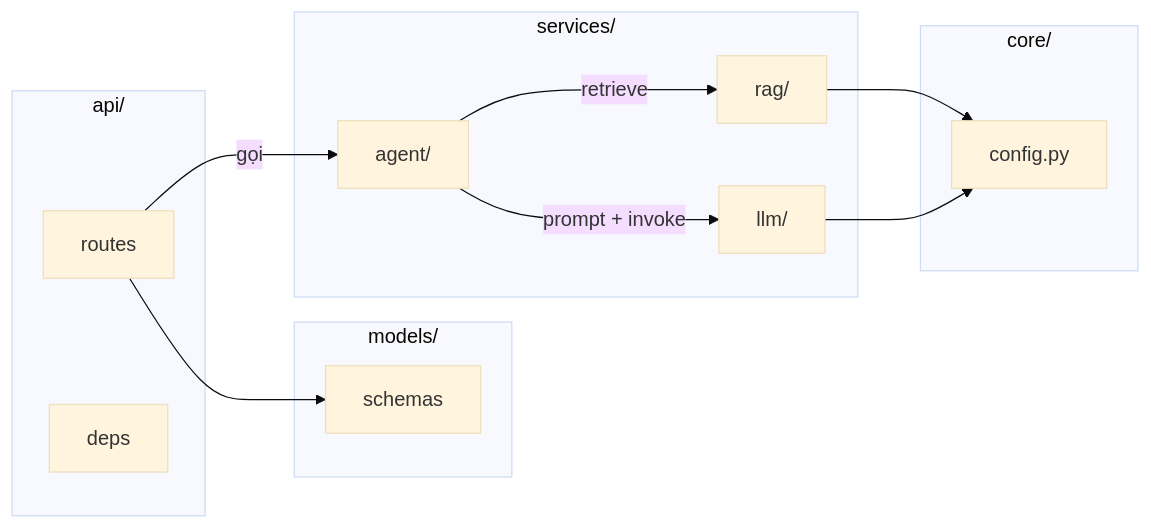
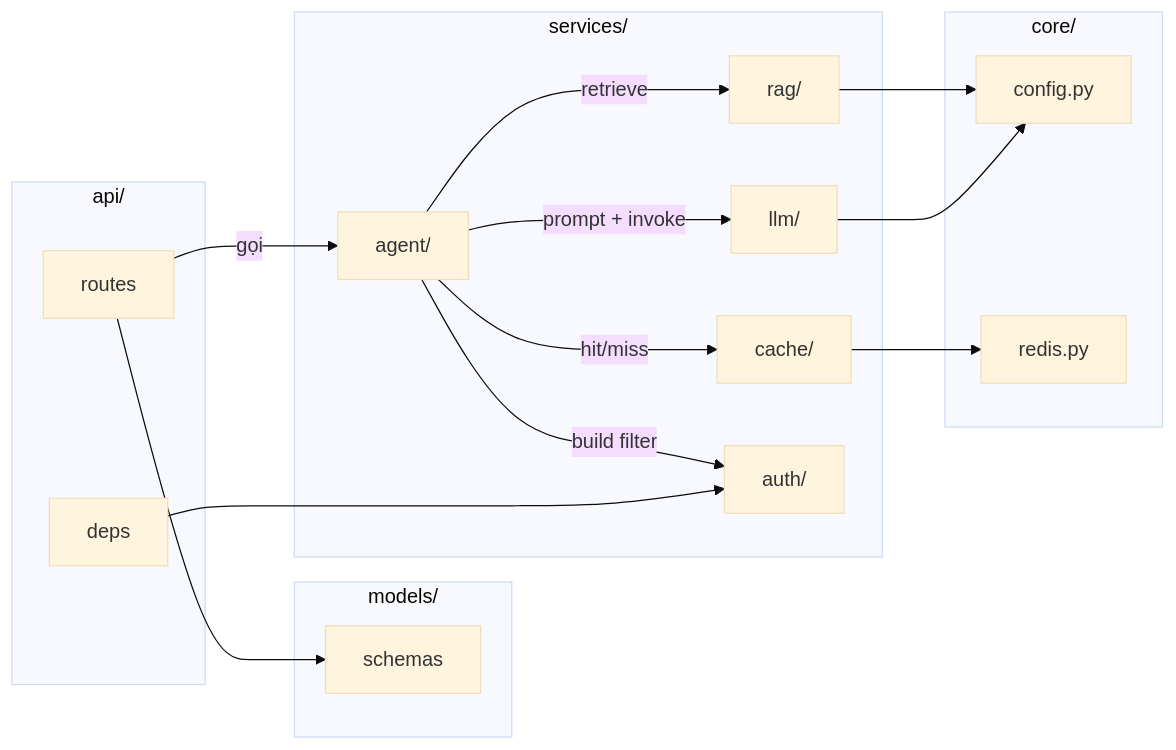
One commit to ducchungtx/advanced-rag-agent changed the third of 13 diagrams in docs/architecture.md. Above: the diagram before and after it, drawn with Mermaid (base theme). The commit also changed other lines of this file and 1 other file, not shown here.

Commit message:
Enhance architecture and learning documentation, detailing tech stack, system overview, and caching strategies. Update flowcharts to reflect new components and processes for improved clarity.

````diff
--- a/docs/architecture.md
+++ b/docs/architecture.md
@@ -75,25 +107,32 @@
 ```mermaid
 flowchart LR
     subgraph api["api/"]
         routes[routes]
         deps[deps]
     end
     subgraph core["core/"]
         cfg[config.py]
+        redis_c[redis.py]
     end
     subgraph models["models/"]
         sch[schemas]
     end
     subgraph services["services/"]
         rag[rag/]
         agent[agent/]
         llm[llm/]
+        cache[cache/]
+        auth[auth/]
     end
 
     routes -->|gọi| agent
     agent -->|retrieve| rag
     agent -->|prompt + invoke| llm
+    agent -->|hit/miss| cache
+    agent -->|build filter| auth
+    cache --> redis_c
     rag --> cfg
     llm --> cfg
     routes --> sch
+    deps --> auth
 ```
````
